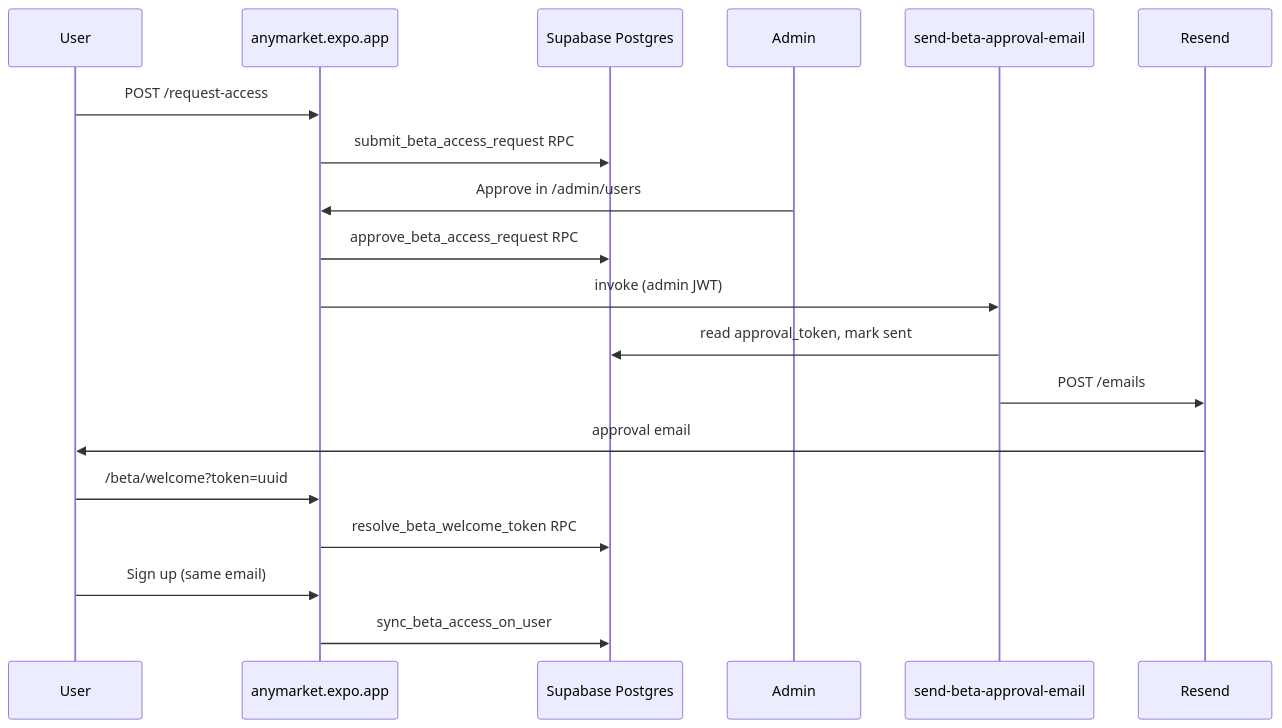
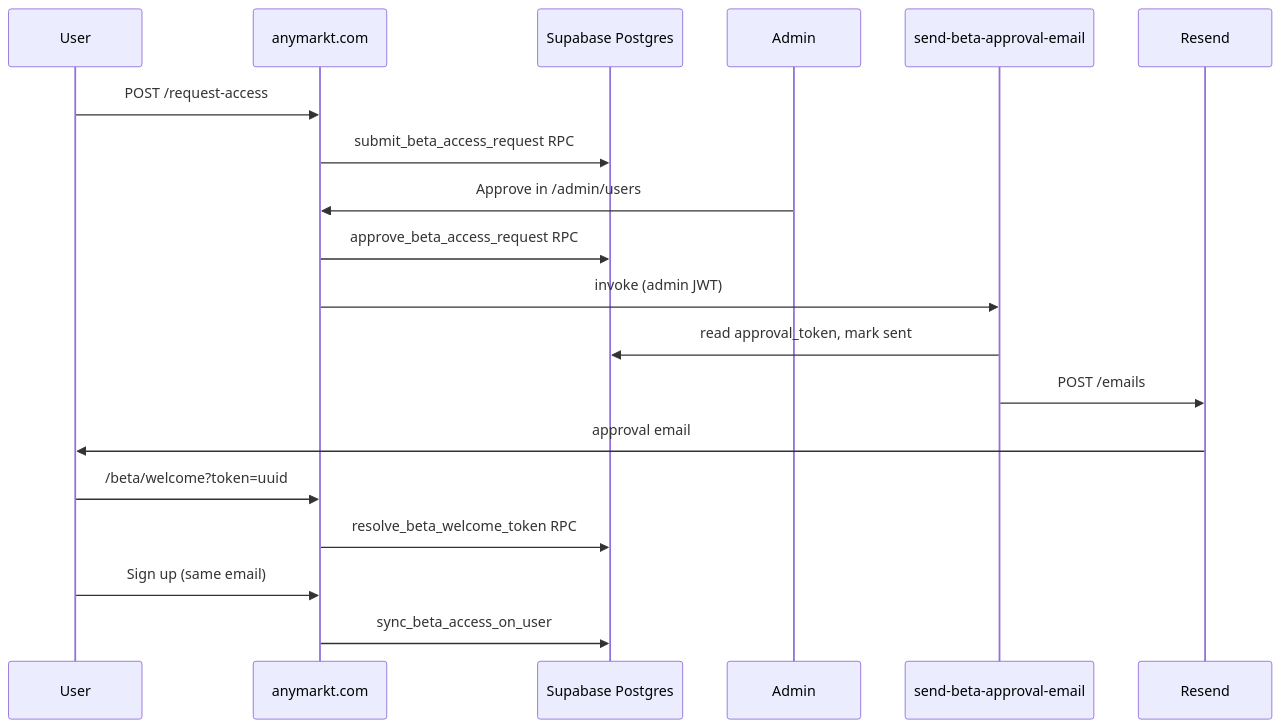
The diagram in docs/deploy-beta-approval-notify.md (rcdev714/qbet), drawn with Mermaid before and after one commit. The commit also changed other lines of this file and 182 other files, not shown here.

````diff
--- a/docs/deploy-beta-approval-notify.md
+++ b/docs/deploy-beta-approval-notify.md
@@ -13,22 +13,22 @@
 ```mermaid
 sequenceDiagram
   participant User
-  participant Web as anymarket.expo.app
+  participant Web as anymarkt.com
   participant DB as Supabase Postgres
   participant Admin
   participant Fn as send-beta-approval-email
   participant Resend
 
   User->>Web: POST /request-access
   Web->>DB: submit_beta_access_request RPC
   Admin->>Web: Approve in /admin/users
   Web->>DB: approve_beta_access_request RPC
   Web->>Fn: invoke (admin JWT)
   Fn->>DB: read approval_token, mark sent
   Fn->>Resend: POST /emails
   Resend->>User: approval email
   User->>Web: /beta/welcome?token=uuid
   Web->>DB: resolve_beta_welcome_token RPC
   User->>Web: Sign up (same email)
   Web->>DB: sync_beta_access_on_user
 ```
````
